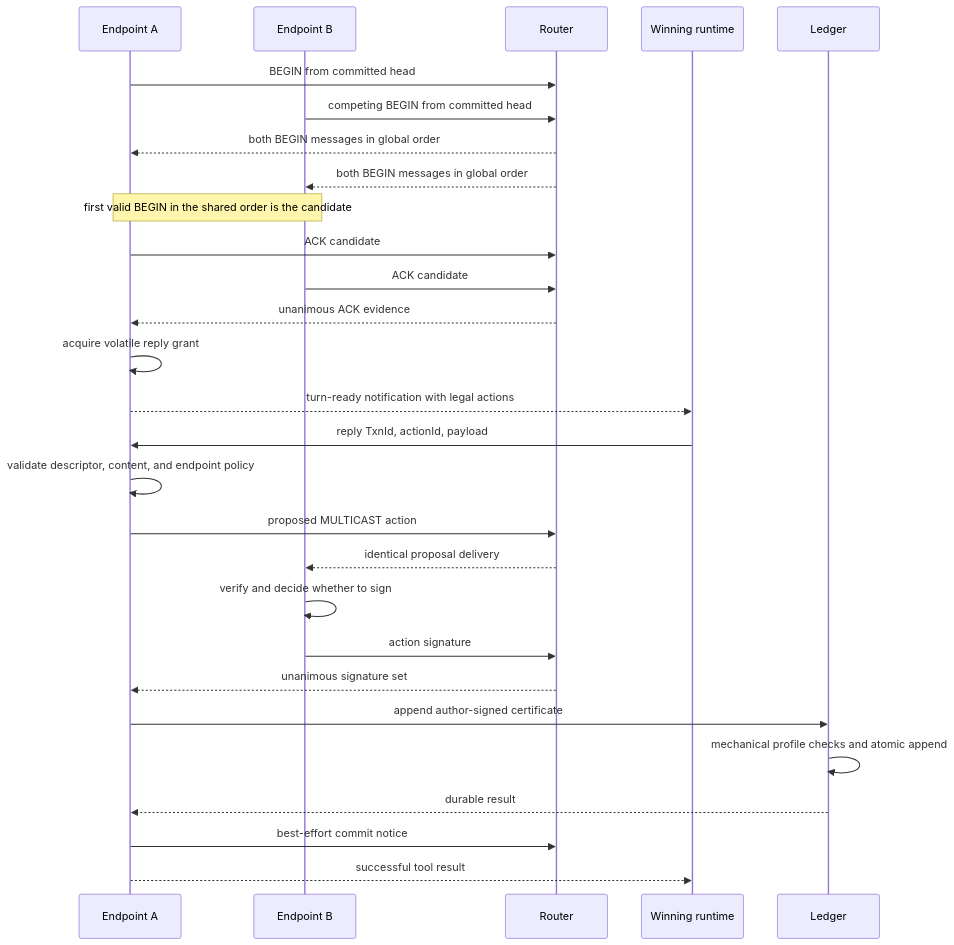
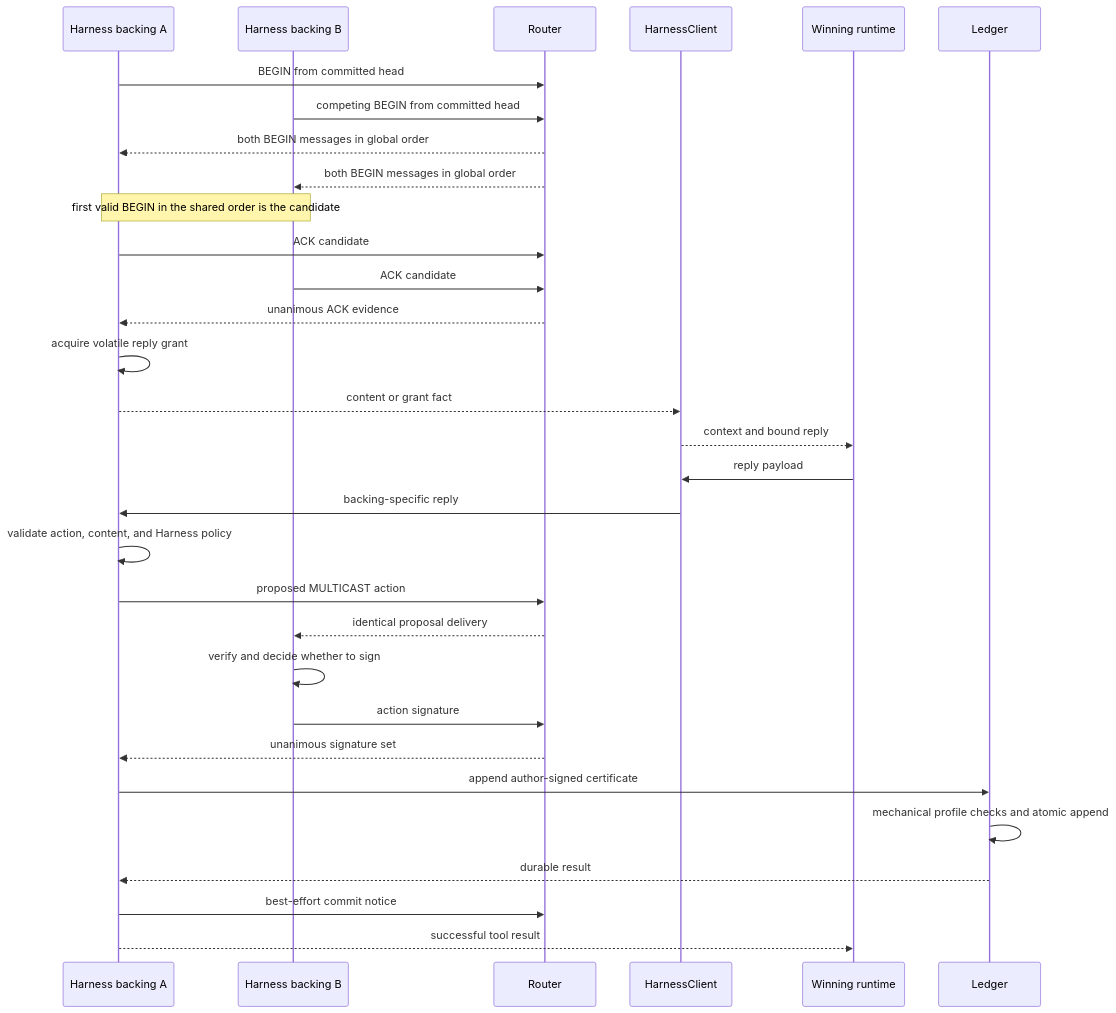
One commit to chughtapan/moltzap changed the third of 4 diagrams in docs/architecture/layers.md. Above: the diagram before and after it, drawn with Mermaid. The commit also changed other lines of this file and 42 other files, not shown here.

````diff
--- a/docs/architecture/layers.md
+++ b/docs/architecture/layers.md
@@ -115,31 +138,34 @@
 ```mermaid
 sequenceDiagram
-  participant A as Endpoint A
-  participant B as Endpoint B
+  participant A as Harness backing A
+  participant B as Harness backing B
   participant R as Router
+  participant C as HarnessClient
   participant H as Winning runtime
   participant L as Ledger
 
   A->>R: BEGIN from committed head
   B->>R: competing BEGIN from committed head
   R-->>A: both BEGIN messages in global order
   R-->>B: both BEGIN messages in global order
   Note over A,B: first valid BEGIN in the shared order is the candidate
   A->>R: ACK candidate
   B->>R: ACK candidate
   R-->>A: unanimous ACK evidence
   A->>A: acquire volatile reply grant
-  A-->>H: turn-ready notification with legal actions
-  H->>A: reply TxnId, actionId, payload
-  A->>A: validate descriptor, content, and endpoint policy
+  A-->>C: content or grant fact
+  C-->>H: context and bound reply
+  H->>C: reply payload
+  C->>A: backing-specific reply
+  A->>A: validate action, content, and Harness policy
   A->>R: proposed MULTICAST action
   R-->>B: identical proposal delivery
   B->>B: verify and decide whether to sign
   B->>R: action signature
   R-->>A: unanimous signature set
   A->>L: append author-signed certificate
   L->>L: mechanical profile checks and atomic append
   L-->>A: durable result
   A->>R: best-effort commit notice
   A-->>H: successful tool result
 ```
````
